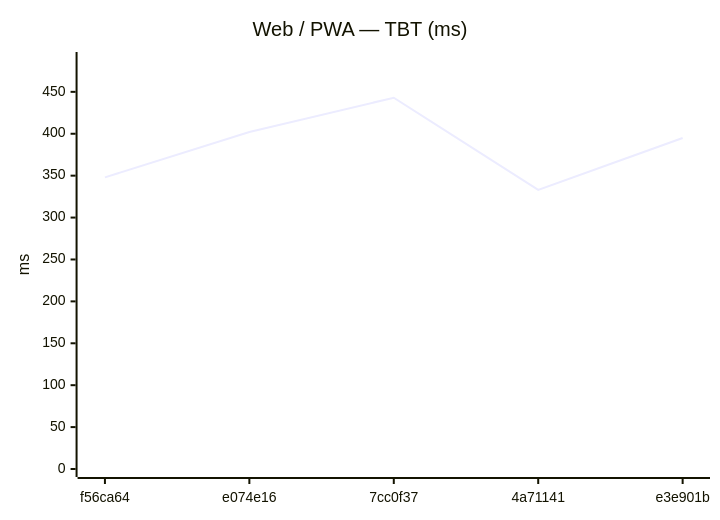
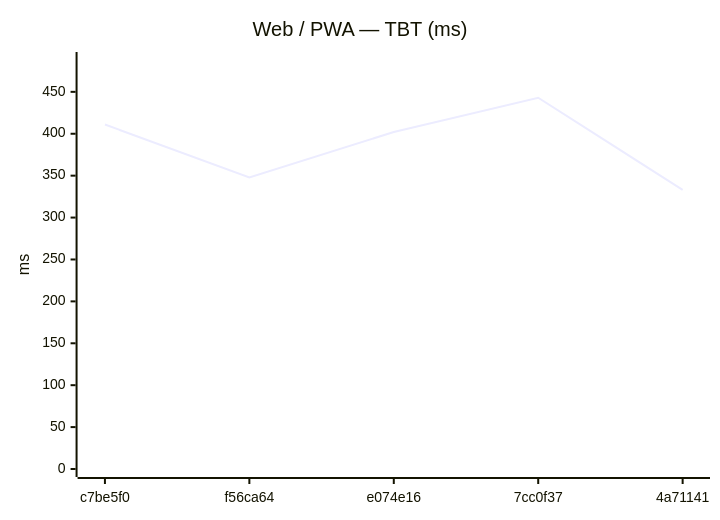
Before and after one commit to Metaheurist/Rianell: the eighth of 18 diagrams in benchmarks/compare.md, drawn with Mermaid. The commit also changed other lines of this file and 11 other files, not shown here.

````diff
--- a/benchmarks/compare.md
+++ b/benchmarks/compare.md
@@ -124,7 +124,7 @@
 ```mermaid
 xychart-beta
     title "Web / PWA — TBT (ms)"
-    x-axis ["f56ca64", "e074e16", "7cc0f37", "4a71141", "e3e901b"]
+    x-axis ["c7be5f0", "f56ca64", "e074e16", "7cc0f37", "4a71141"]
     y-axis "ms" 0 --> 488
-    line [348, 402, 443, 333, 395]
+    line [411, 348, 402, 443, 333]
 ```
````
